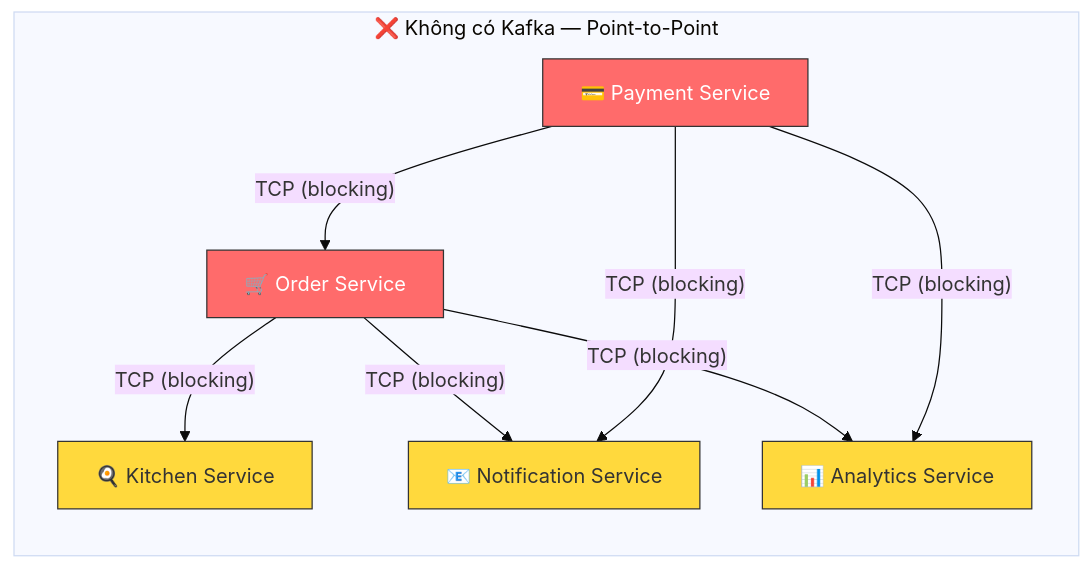
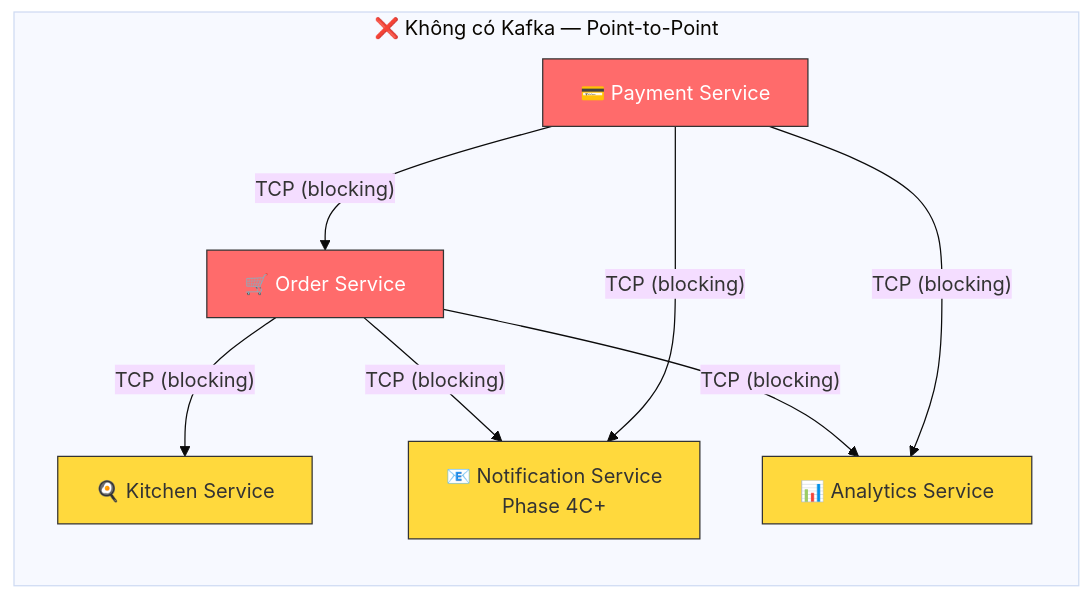
The first of 38 diagrams in docs/guides/kafka-qrtable.md (quan-vo-dinh/saas-pos-microservices-qrtable), drawn with Mermaid (base theme) before and after one commit. The commit also changed other lines of this file and 10 other files, not shown here.

````diff
--- a/docs/guides/kafka-qrtable.md
+++ b/docs/guides/kafka-qrtable.md
@@ -50,23 +52,23 @@
 ```mermaid
 graph LR
     subgraph "❌ Không có Kafka — Point-to-Point"
         OS["🛒 Order Service"]
         PS["💳 Payment Service"]
         KS["🍳 Kitchen Service"]
-        NS["📧 Notification Service"]
+        NS["📧 Notification Service<br/>Phase 4C+"]
         AS["📊 Analytics Service"]
 
         OS -->|"TCP (blocking)"| KS
         OS -->|"TCP (blocking)"| NS
         OS -->|"TCP (blocking)"| AS
         PS -->|"TCP (blocking)"| OS
         PS -->|"TCP (blocking)"| NS
         PS -->|"TCP (blocking)"| AS
     end
 
     style OS fill:#ff6b6b,stroke:#333,color:#fff
     style PS fill:#ff6b6b,stroke:#333,color:#fff
     style KS fill:#ffd93d,stroke:#333,color:#333
     style NS fill:#ffd93d,stroke:#333,color:#333
     style AS fill:#ffd93d,stroke:#333,color:#333
 ```
````
